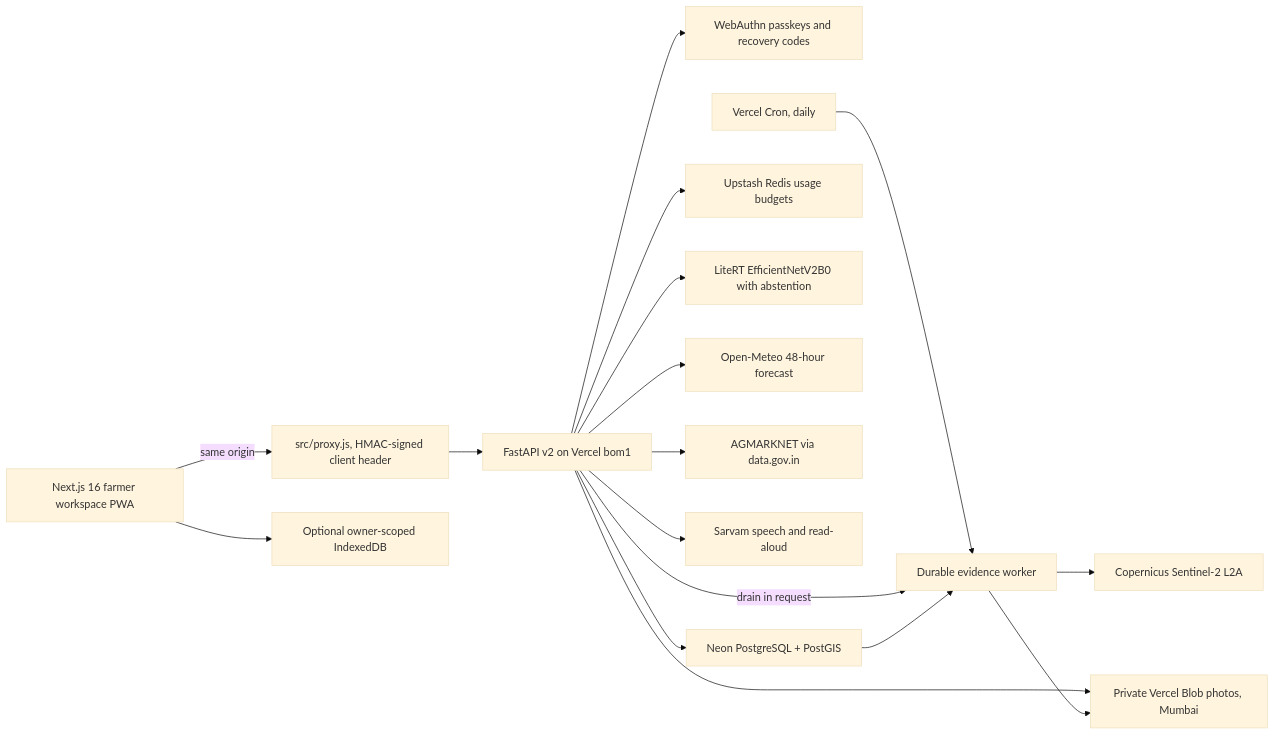
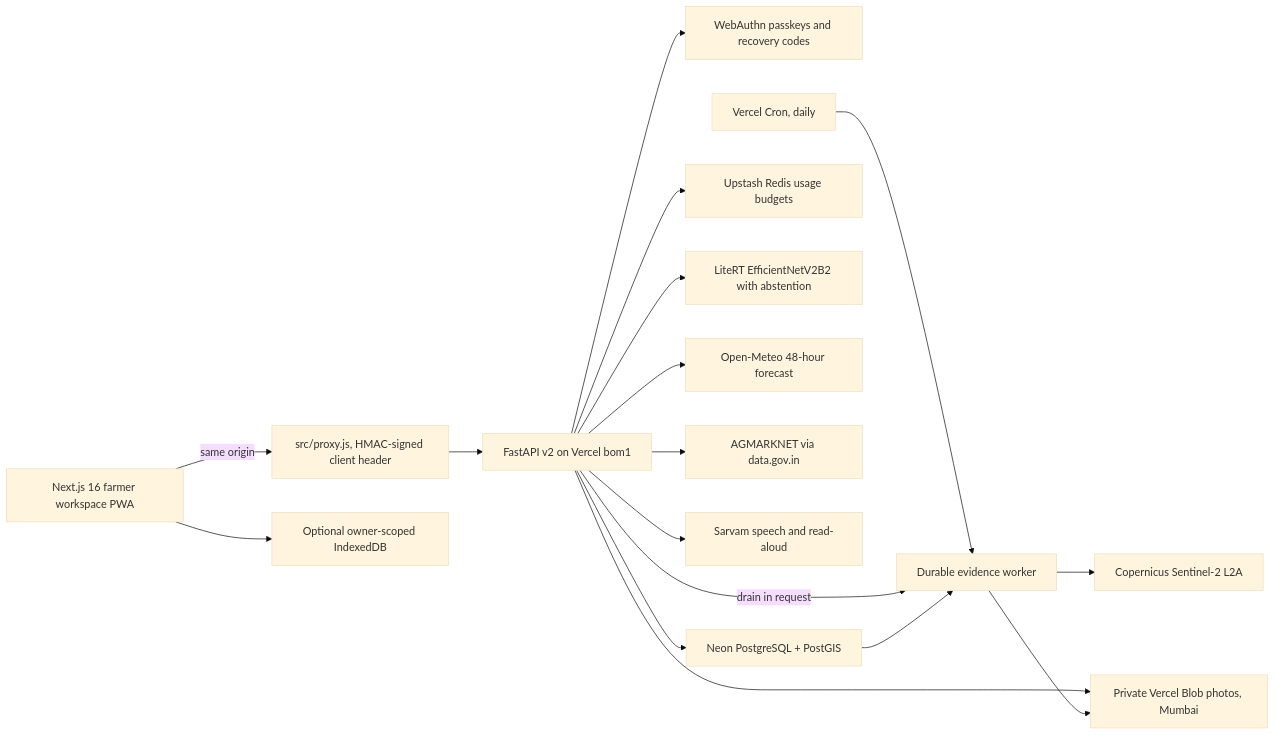
One commit to Thanatos9404/Krishyak changed the diagram in docs/v2/ARCHITECTURE.md. Above: the diagram before and after it, drawn with Mermaid (base theme). The commit also changed 25 other files, not shown here.

````diff
--- a/docs/v2/ARCHITECTURE.md
+++ b/docs/v2/ARCHITECTURE.md
@@ -7,19 +7,19 @@
 ```mermaid
 flowchart LR
   UI[Next.js 16 farmer workspace PWA] -->|same origin| PX[src/proxy.js, HMAC-signed client header]
   UI --> IDB[Optional owner-scoped IndexedDB]
   PX --> API[FastAPI v2 on Vercel bom1]
   API --> PK[WebAuthn passkeys and recovery codes]
   API --> PG[Neon PostgreSQL + PostGIS]
   API --> Redis[Upstash Redis usage budgets]
   API --> Objects[Private Vercel Blob photos, Mumbai]
-  API --> ML[LiteRT EfficientNetV2B0 with abstention]
+  API --> ML[LiteRT EfficientNetV2B2 with abstention]
   API --> Weather[Open-Meteo 48-hour forecast]
   API --> Market[AGMARKNET via data.gov.in]
   API --> Speech[Sarvam speech and read-aloud]
   Cron[Vercel Cron, daily] --> Worker[Durable evidence worker]
   API -->|drain in request| Worker
   PG --> Worker
   Worker --> CDSE[Copernicus Sentinel-2 L2A]
   Worker --> Objects
 ```
````
